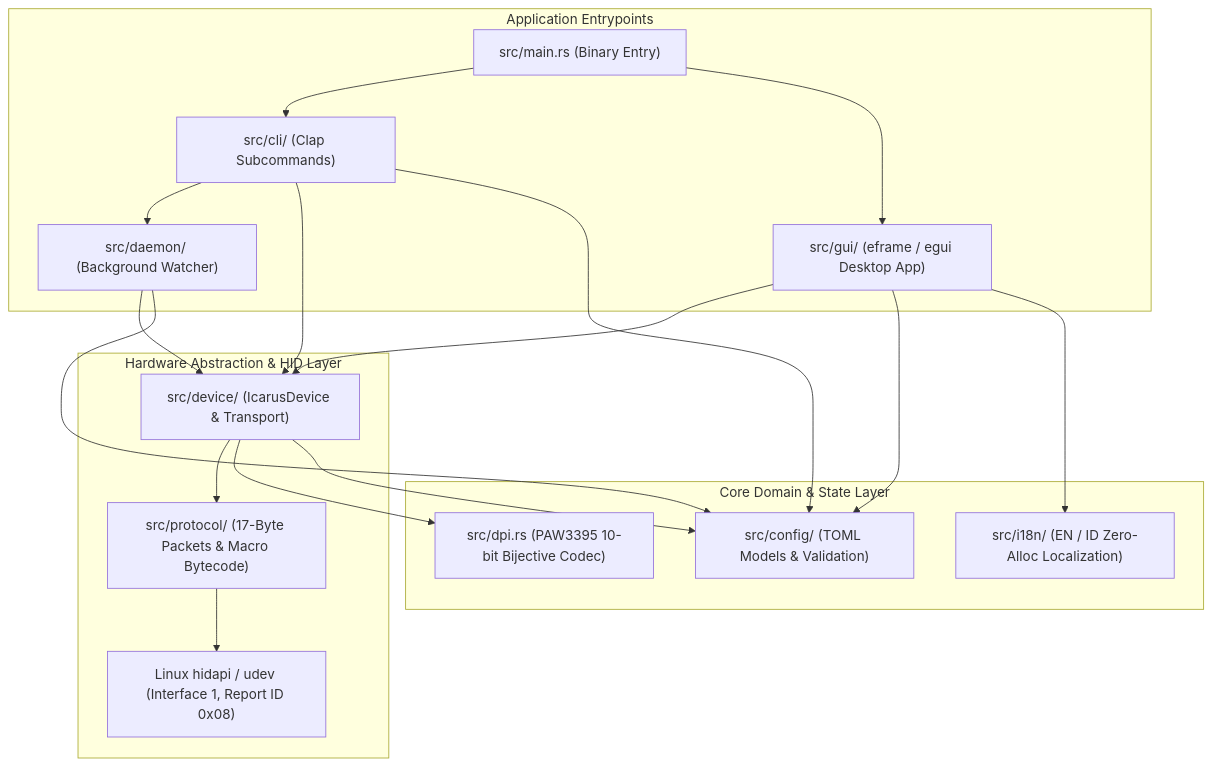
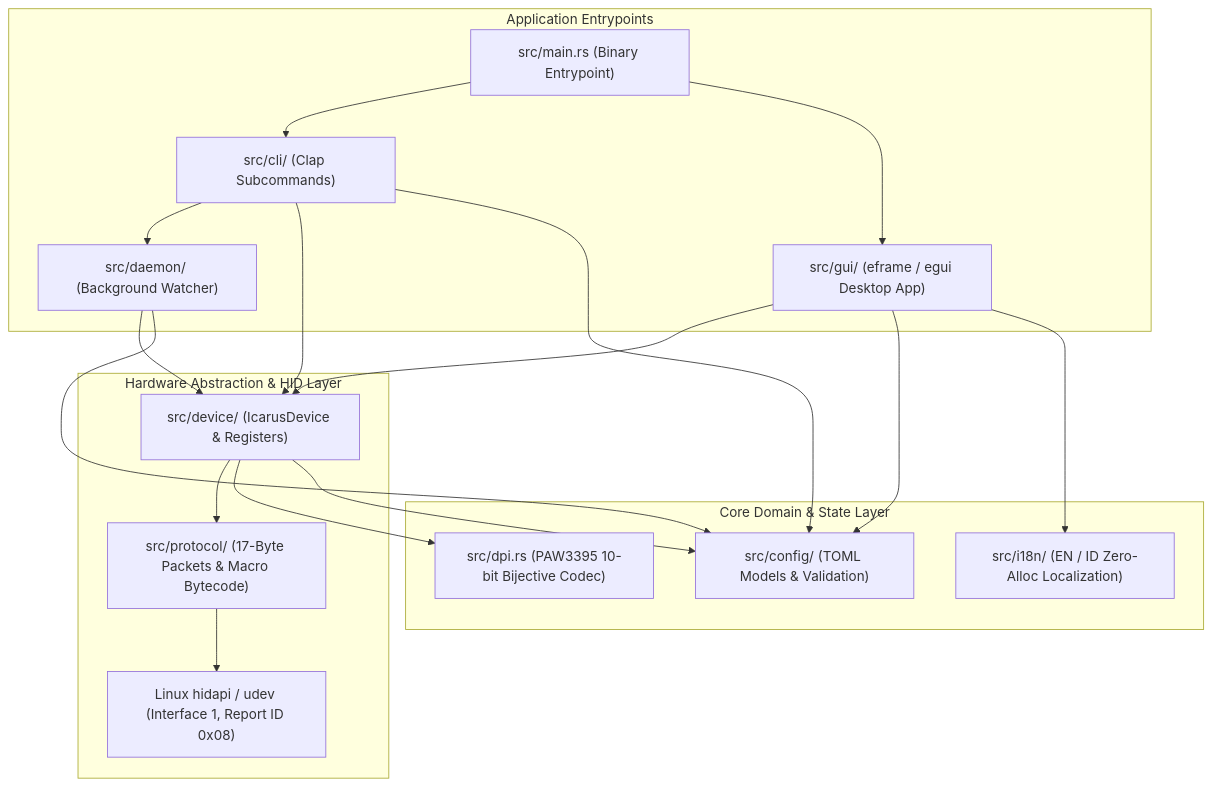
One commit to ayrazarya/icarus-v2mini-rea changed the first of 2 diagrams in docs/ARCHITECTURE.md. Above: the diagram before and after it, drawn with Mermaid. The commit also changed other lines of this file and 4 other files, not shown here.

````diff
--- a/docs/ARCHITECTURE.md
+++ b/docs/ARCHITECTURE.md
@@ -11,36 +11,36 @@
 ```mermaid
 flowchart TD
     subgraph Entrypoints["Application Entrypoints"]
-        MAIN["src/main.rs (Binary Entry)"]
+        MAIN["src/main.rs (Binary Entrypoint)"]
         CLI["src/cli/ (Clap Subcommands)"]
         GUI["src/gui/ (eframe / egui Desktop App)"]
         DAEMON["src/daemon/ (Background Watcher)"]
     end
 
     subgraph CoreDomain["Core Domain & State Layer"]
         CONFIG["src/config/ (TOML Models & Validation)"]
         DPI["src/dpi.rs (PAW3395 10-bit Bijective Codec)"]
         I18N["src/i18n/ (EN / ID Zero-Alloc Localization)"]
     end
 
     subgraph HardwareLayer["Hardware Abstraction & HID Layer"]
-        DEVICE["src/device/ (IcarusDevice & Transport)"]
+        DEVICE["src/device/ (IcarusDevice & Registers)"]
         PROTOCOL["src/protocol/ (17-Byte Packets & Macro Bytecode)"]
         HIDAPI["Linux hidapi / udev (Interface 1, Report ID 0x08)"]
     end
 
     MAIN --> CLI
     MAIN --> GUI
     CLI --> DAEMON
     CLI --> DEVICE
     CLI --> CONFIG
     GUI --> DEVICE
     GUI --> CONFIG
     GUI --> I18N
     DAEMON --> DEVICE
     DAEMON --> CONFIG
     DEVICE --> PROTOCOL
     DEVICE --> DPI
     DEVICE --> CONFIG
     PROTOCOL --> HIDAPI
 ```
````
